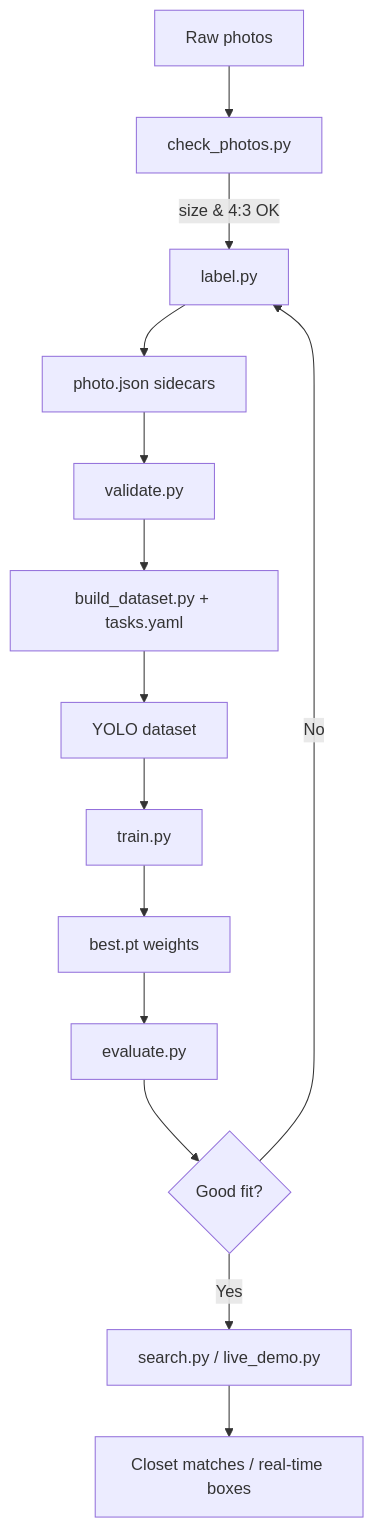
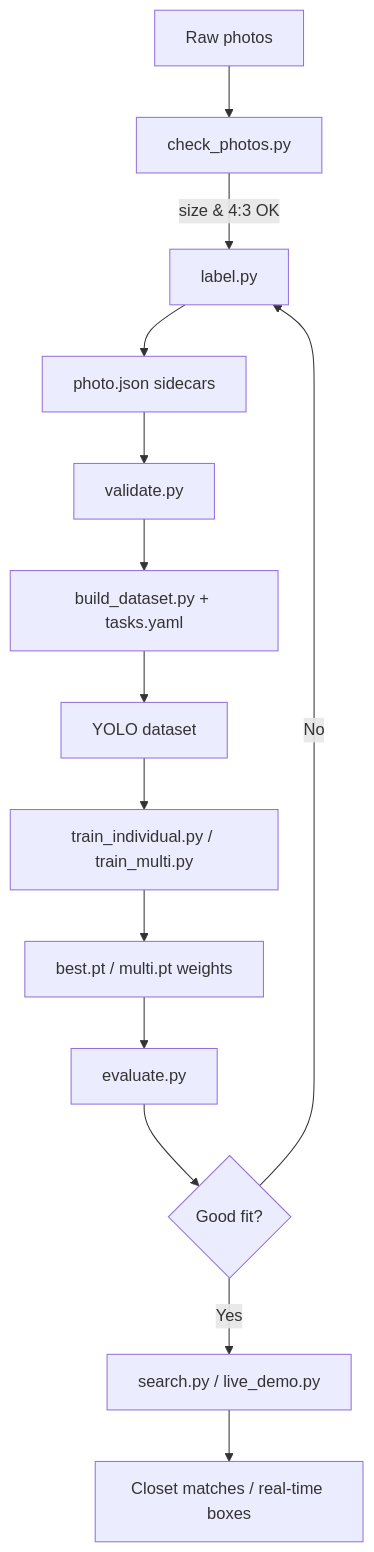
Before and after one commit to Kitthinut/Clothes_matcher: the first of 3 diagrams in README.md, drawn with Mermaid. The commit also changed other lines of this file and 9 other files, not shown here.

Commit message:
update multi_train

````diff
--- a/README.md
+++ b/README.md
@@ -61,16 +65,16 @@
 ```mermaid
 flowchart TD
     A[Raw photos] --> B[check_photos.py]
     B -->|size & 4:3 OK| C[label.py]
     C --> D[photo.json sidecars]
     D --> E[validate.py]
     E --> F[build_dataset.py + tasks.yaml]
     F --> G[YOLO dataset]
-    G --> H[train.py]
-    H --> I[best.pt weights]
+    G --> H[train_individual.py / train_multi.py]
+    H --> I[best.pt / multi.pt weights]
     I --> J[evaluate.py]
     J --> K{Good fit?}
     K -->|No| C
     K -->|Yes| L[search.py / live_demo.py]
     L --> M[Closet matches / real-time boxes]
 ```
````
